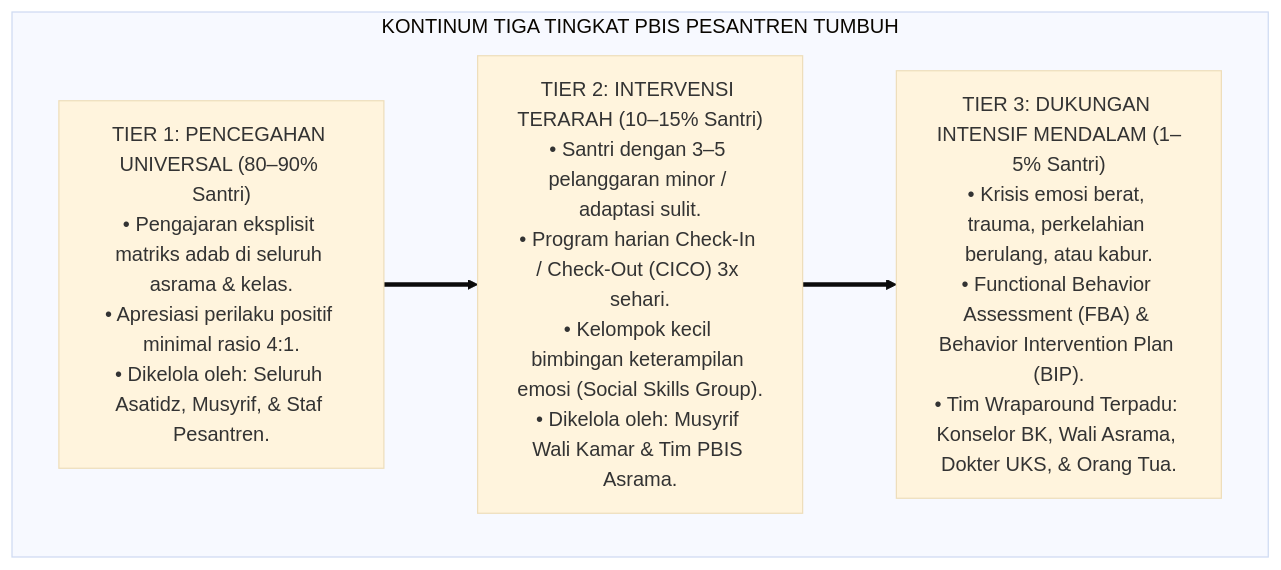
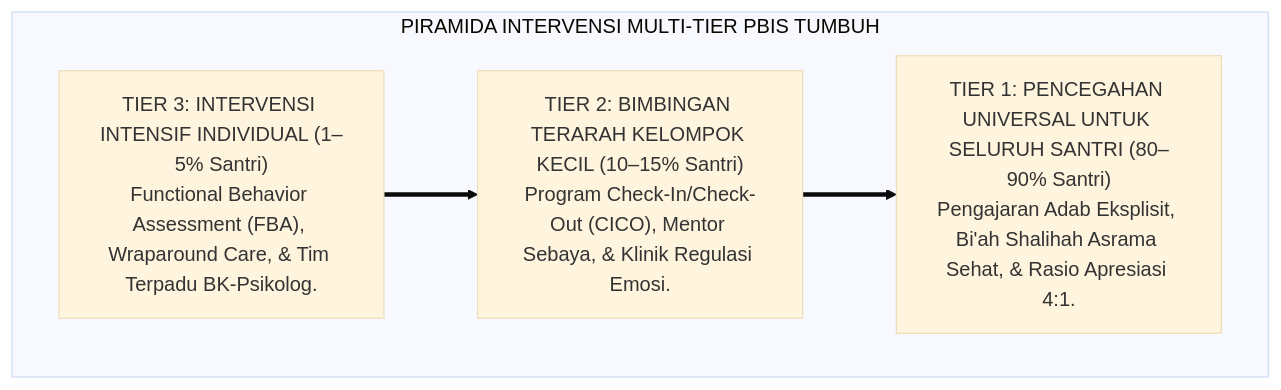
Before and after one commit to wandiapriliyandi/tumbuh: the second of 3 diagrams in 02 Principles/06 Intervention Principles/P2-06-01-Prinsip-Multi-Tier-Intervention-PBIS.md, drawn with Mermaid (base theme). The commit also changed other lines of this file and 7 other files, not shown here.

````diff
--- a/02 Principles/06 Intervention Principles/P2-06-01-Prinsip-Multi-Tier-Intervention-PBIS.md
+++ b/02 Principles/06 Intervention Principles/P2-06-01-Prinsip-Multi-Tier-Intervention-PBIS.md
@@ -104,12 +118,13 @@
 ```mermaid
-graph TD
-    subgraph PiramidaPBISTUMBUH["KONTINUM TIGA TINGKAT PBIS PESANTREN TUMBUH"]
-        T1["TIER 1: PENCEGAHAN UNIVERSAL (80–90% Santri)<br/>• Pengajaran eksplisit matriks adab di seluruh asrama & kelas.<br/>• Apresiasi perilaku positif minimal rasio 4:1.<br/>• Dikelola oleh: Seluruh Asatidz, Musyrif, & Staf Pesantren."]
+flowchart TD
+    subgraph PiramidaPBISTUMBUH["PIRAMIDA INTERVENSI MULTI-TIER PBIS TUMBUH"]
         
-        T2["TIER 2: INTERVENSI TERARAH (10–15% Santri)<br/>• Santri dengan 3–5 pelanggaran minor / adaptasi sulit.<br/>• Program harian Check-In / Check-Out (CICO) 3x sehari.<br/>• Kelompok kecil bimbingan keterampilan emosi (Social Skills Group).<br/>• Dikelola oleh: Musyrif Wali Kamar & Tim PBIS Asrama."]
+        Tier3["TIER 3: INTERVENSI INTENSIF INDIVIDUAL (1–5% Santri)<br/>Functional Behavior Assessment (FBA), Wraparound Care, & Tim Terpadu BK-Psikolog."]
         
-        T3["TIER 3: DUKUNGAN INTENSIF MENDALAM (1–5% Santri)<br/>• Krisis emosi berat, trauma, perkelahian berulang, atau kabur.<br/>• Functional Behavior Assessment (FBA) & Behavior Intervention Plan (BIP).<br/>• Tim Wraparound Terpadu: Konselor BK, Wali Asrama, Dokter UKS, & Orang Tua."]
+        Tier2["TIER 2: BIMBINGAN TERARAH KELOMPOK KECIL (10–15% Santri)<br/>Program Check-In/Check-Out (CICO), Mentor Sebaya, & Klinik Regulasi Emosi."]
         
-        T1 ==> T2 ==> T3
+        Tier1["TIER 1: PENCEGAHAN UNIVERSAL UNTUK SELURUH SANTRI (80–90% Santri)<br/>Pengajaran Adab Eksplisit, Bi'ah Shalihah Asrama Sehat, & Rasio Apresiasi 4:1."]
+        
+        Tier3 ==> Tier2 ==> Tier1
     end
 ```
````
